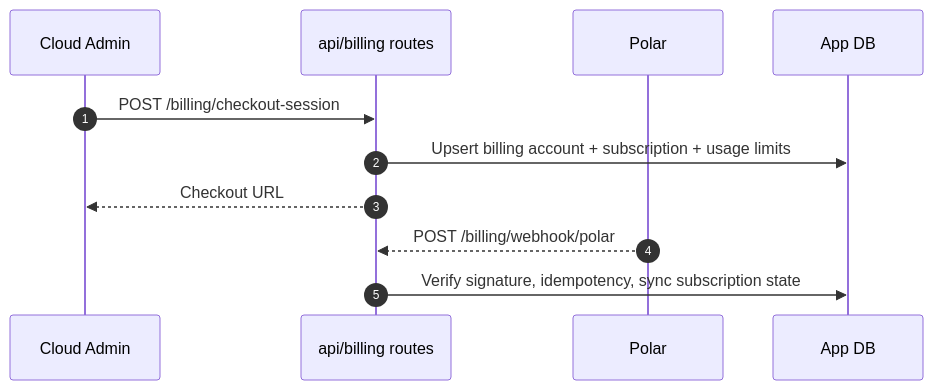
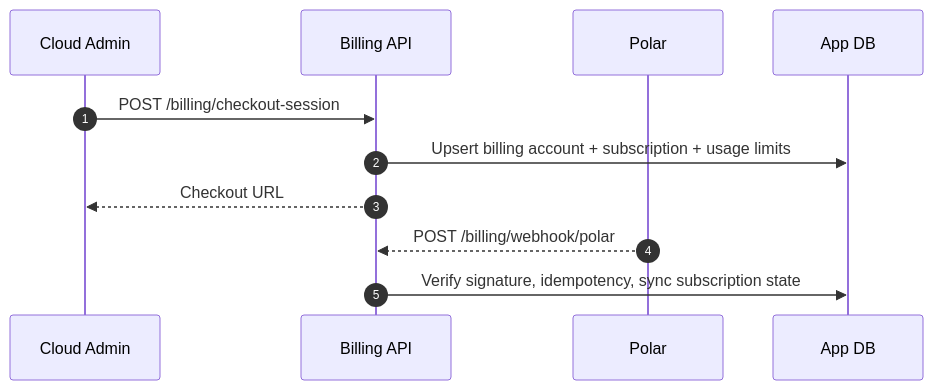
The sixth of 7 diagrams in docs/system-design-flow.md (Veri5ied/dataflow-studio), drawn with Mermaid before and after one commit. The commit also changed other lines of this file, not shown here.

Commit message:
GitHub-safe Mermaid syntax

````diff
--- a/docs/system-design-flow.md
+++ b/docs/system-design-flow.md
@@ -129,14 +129,14 @@
 ```mermaid
 sequenceDiagram
   autonumber
   participant Cloud as Cloud Admin
-  participant API as api/billing routes
+  participant API as Billing API
   participant Polar as Polar
   participant DB as App DB
 
   Cloud->>API: POST /billing/checkout-session
   API->>DB: Upsert billing account + subscription + usage limits
   API-->>Cloud: Checkout URL
   Polar-->>API: POST /billing/webhook/polar
   API->>DB: Verify signature, idempotency, sync subscription state
 ```
````
